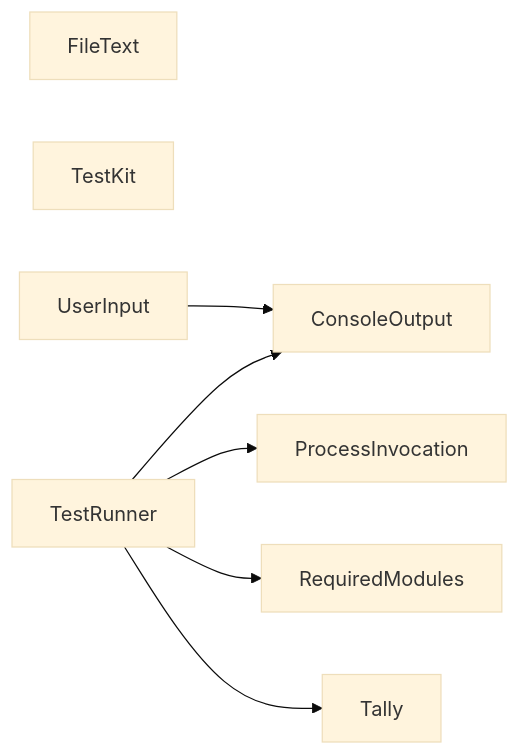
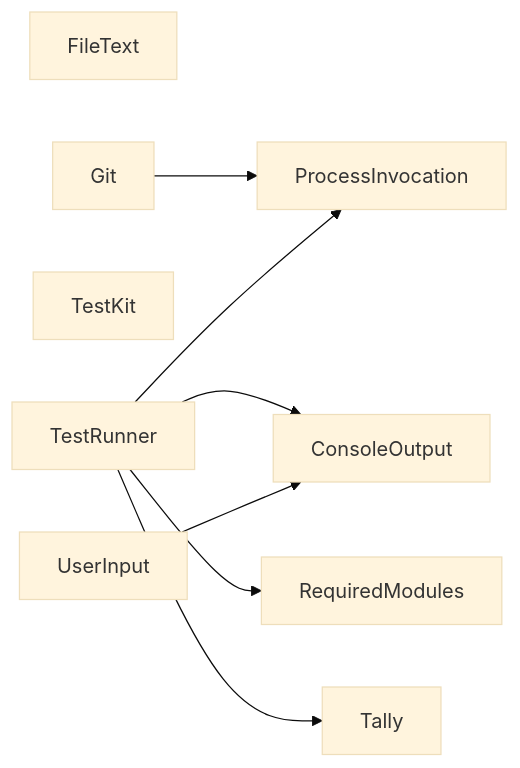
The diagram in README.md (TaffarelJr/powershell-modules), drawn with Mermaid (base theme) before and after one commit. The commit also changed other lines of this file and 64 other files, not shown here.

````diff
--- a/README.md
+++ b/README.md
@@ -31,17 +32,19 @@
 ```mermaid
 graph LR
     ConsoleOutput["ConsoleOutput"]
     FileText["FileText"]
+    Git["Git"]
     ProcessInvocation["ProcessInvocation"]
     RequiredModules["RequiredModules"]
     Tally["Tally"]
     TestKit["TestKit"]
     TestRunner["TestRunner"]
     UserInput["UserInput"]
 
+    Git --> ProcessInvocation
     TestRunner --> ConsoleOutput
     TestRunner --> ProcessInvocation
     TestRunner --> RequiredModules
     TestRunner --> Tally
     UserInput --> ConsoleOutput
 ```
````
